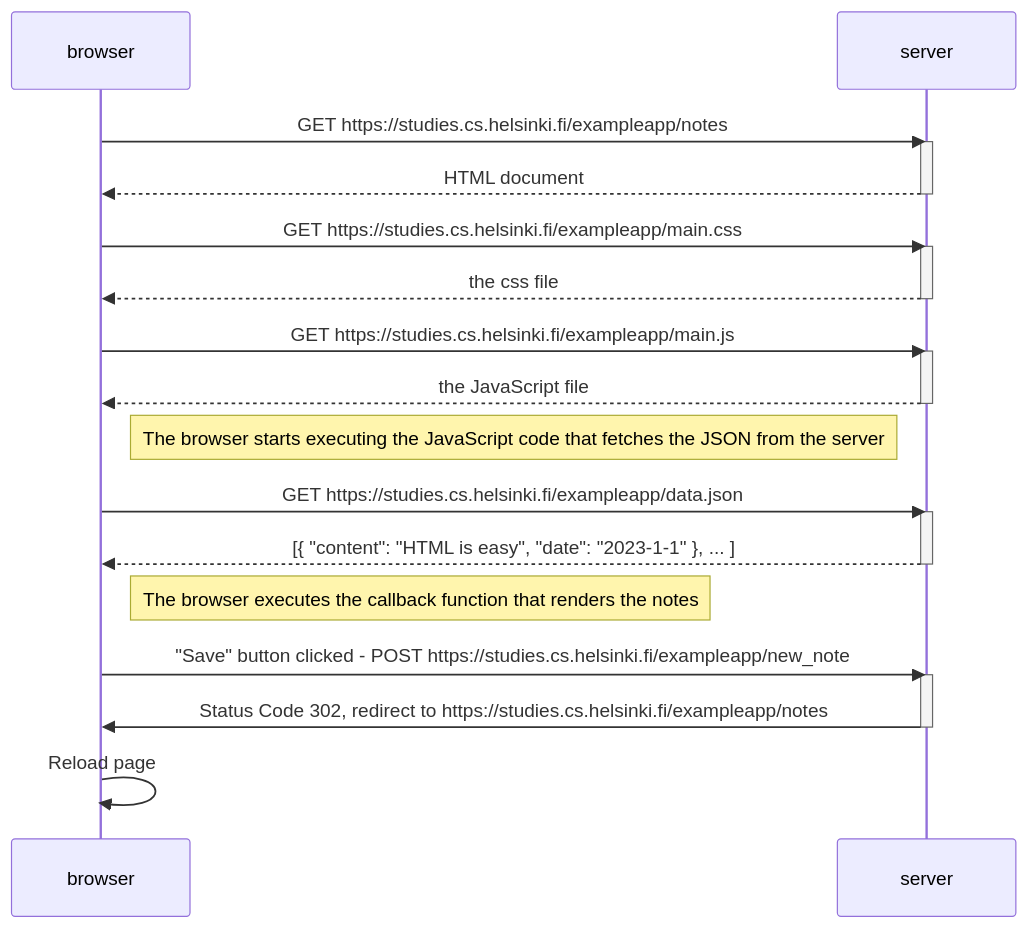
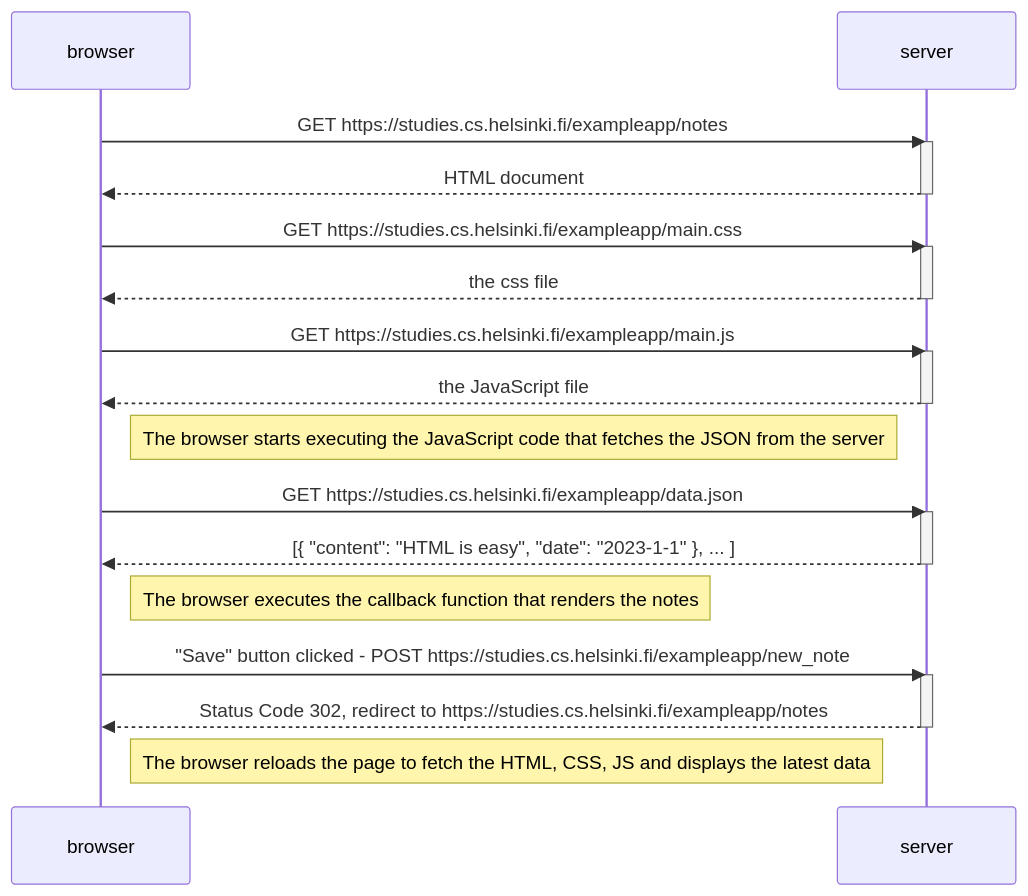
Before and after one commit to kushal0to1/fs-open: the diagram in part0/exercise0.4/newnote.md, drawn with Mermaid.

Commit message:
update content

````diff
--- a/part0/exercise0.4/newnote.md
+++ b/part0/exercise0.4/newnote.md
@@ -1,36 +1,36 @@
 ```mermaid
 sequenceDiagram
     participant browser
     participant server
 
     browser->>server: GET https://studies.cs.helsinki.fi/exampleapp/notes
     activate server
     server-->>browser: HTML document
     deactivate server
 
     browser->>server: GET https://studies.cs.helsinki.fi/exampleapp/main.css
     activate server
     server-->>browser: the css file
     deactivate server
 
     browser->>server: GET https://studies.cs.helsinki.fi/exampleapp/main.js
     activate server
     server-->>browser: the JavaScript file
     deactivate server
 
     Note right of browser: The browser starts executing the JavaScript code that fetches the JSON from the server
 
     browser->>server: GET https://studies.cs.helsinki.fi/exampleapp/data.json
     activate server
     server-->>browser: [{ "content": "HTML is easy", "date": "2023-1-1" }, ... ]
     deactivate server
 
     Note right of browser: The browser executes the callback function that renders the notes
 
     browser->>server: "Save" button clicked - POST https://studies.cs.helsinki.fi/exampleapp/new_note
     activate server
-    server->>browser: Status Code 302, redirect to https://studies.cs.helsinki.fi/exampleapp/notes
+    server-->>browser: Status Code 302, redirect to https://studies.cs.helsinki.fi/exampleapp/notes
     deactivate server
 
-    browser->>browser: Reload page
+    Note right of browser: The browser reloads the page to fetch the HTML, CSS, JS and displays the latest data
 ```
````
